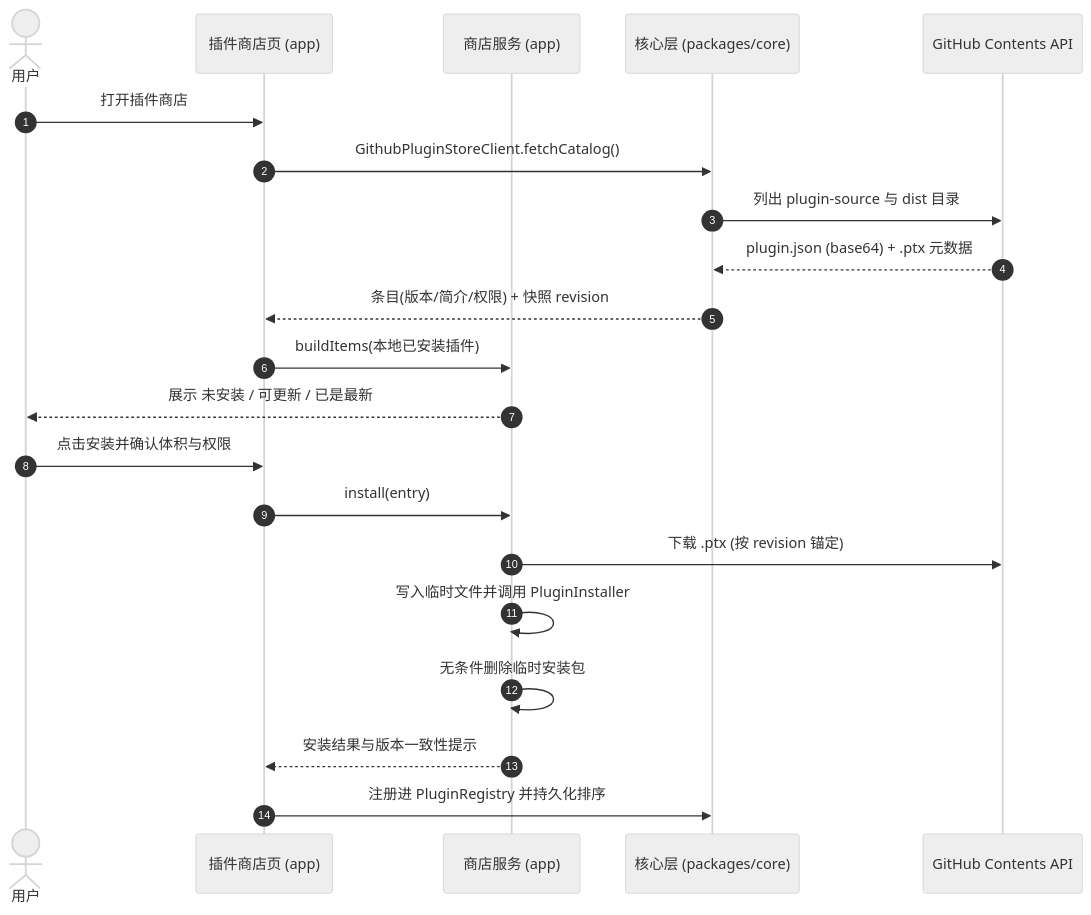
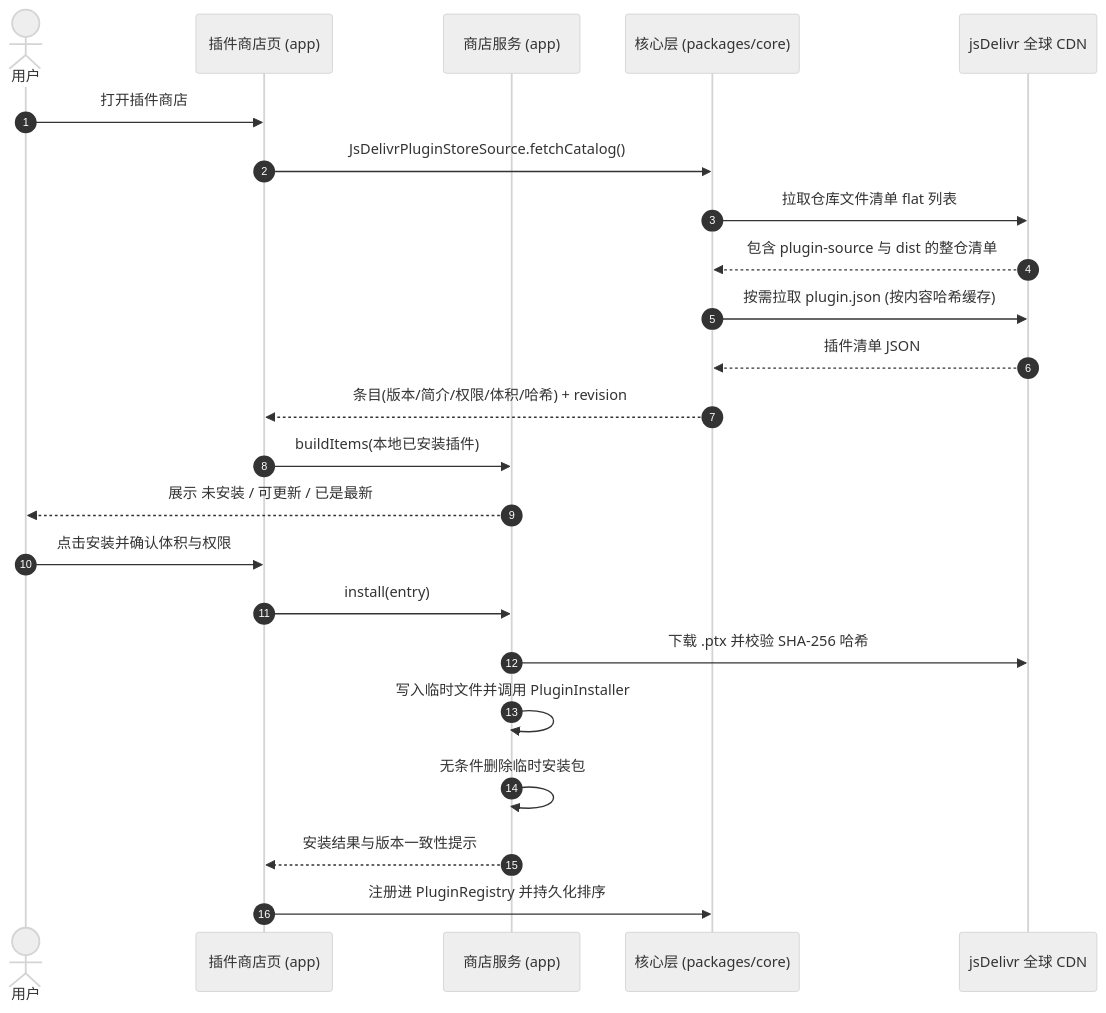
One commit to Aclguh/plugin-toolbox changed the second of 2 diagrams in README.md. Above: the diagram before and after it, drawn with Mermaid (neutral theme). The commit also changed other lines of this file, not shown here.

First line of the commit message:
docs: 同步更新 README 插件商店核心特性与 jsDelivr 架构时序图

````diff
--- a/README.md
+++ b/README.md
@@ -115,24 +115,26 @@
 ```mermaid
 sequenceDiagram
     autonumber
     actor User as 用户
     participant Store as 插件商店页 (app)
     participant Svc as 商店服务 (app)
     participant Core as 核心层 (packages/core)
-    participant GH as GitHub Contents API
+    participant CDN as jsDelivr 全球 CDN
 
     User->>Store: 打开插件商店
-    Store->>Core: GithubPluginStoreClient.fetchCatalog()
-    Core->>GH: 列出 plugin-source 与 dist 目录
-    GH-->>Core: plugin.json (base64) + .ptx 元数据
-    Core-->>Store: 条目(版本/简介/权限) + 快照 revision
+    Store->>Core: JsDelivrPluginStoreSource.fetchCatalog()
+    Core->>CDN: 拉取仓库文件清单 flat 列表
+    CDN-->>Core: 包含 plugin-source 与 dist 的整仓清单
+    Core->>CDN: 按需拉取 plugin.json (按内容哈希缓存)
+    CDN-->>Core: 插件清单 JSON
+    Core-->>Store: 条目(版本/简介/权限/体积/哈希) + revision
     Store->>Svc: buildItems(本地已安装插件)
     Svc-->>User: 展示 未安装 / 可更新 / 已是最新
     User->>Store: 点击安装并确认体积与权限
     Store->>Svc: install(entry)
-    Svc->>GH: 下载 .ptx (按 revision 锚定)
+    Svc->>CDN: 下载 .ptx 并校验 SHA-256 哈希
     Svc->>Svc: 写入临时文件并调用 PluginInstaller
     Svc->>Svc: 无条件删除临时安装包
     Svc-->>Store: 安装结果与版本一致性提示
     Store->>Core: 注册进 PluginRegistry 并持久化排序
 ```
````
